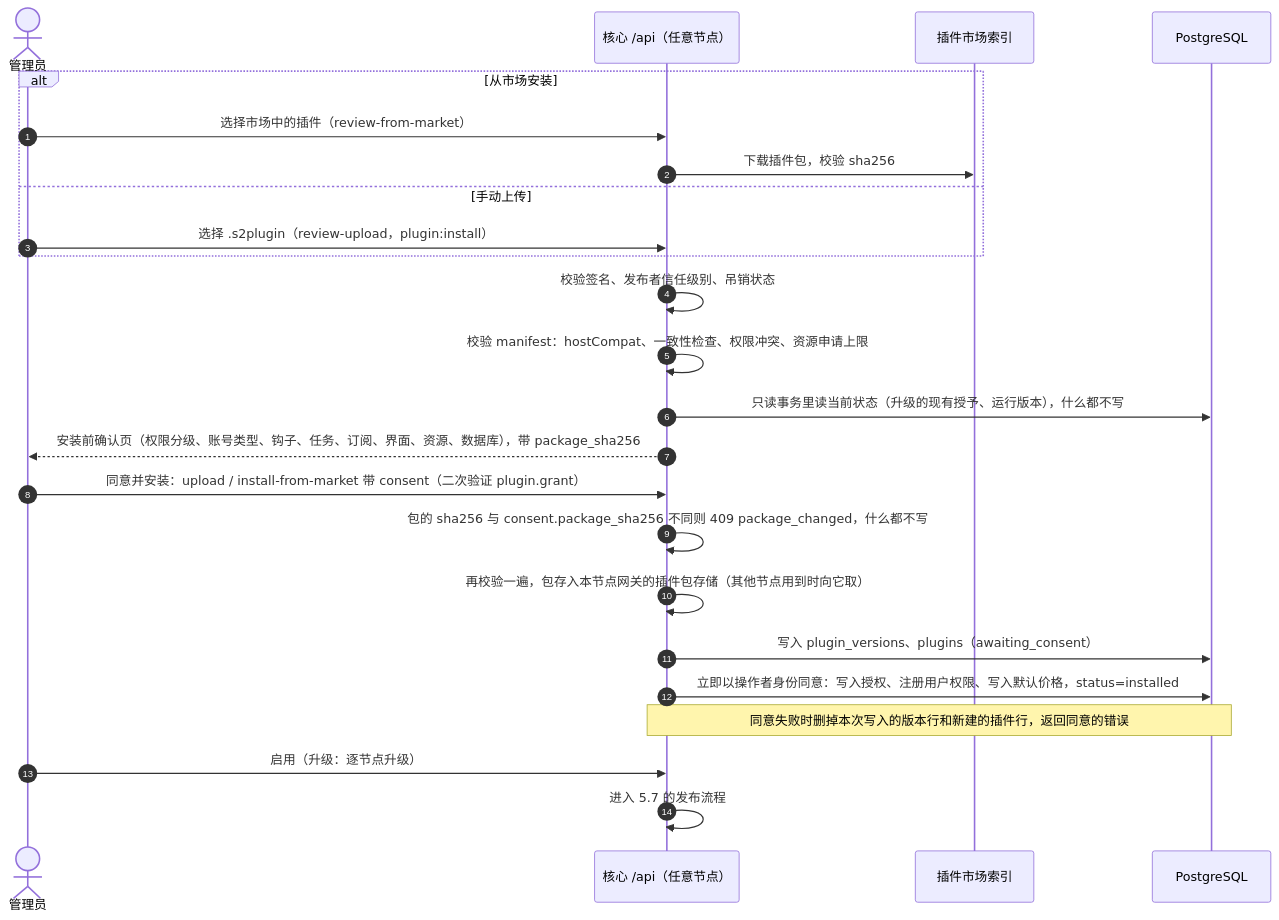
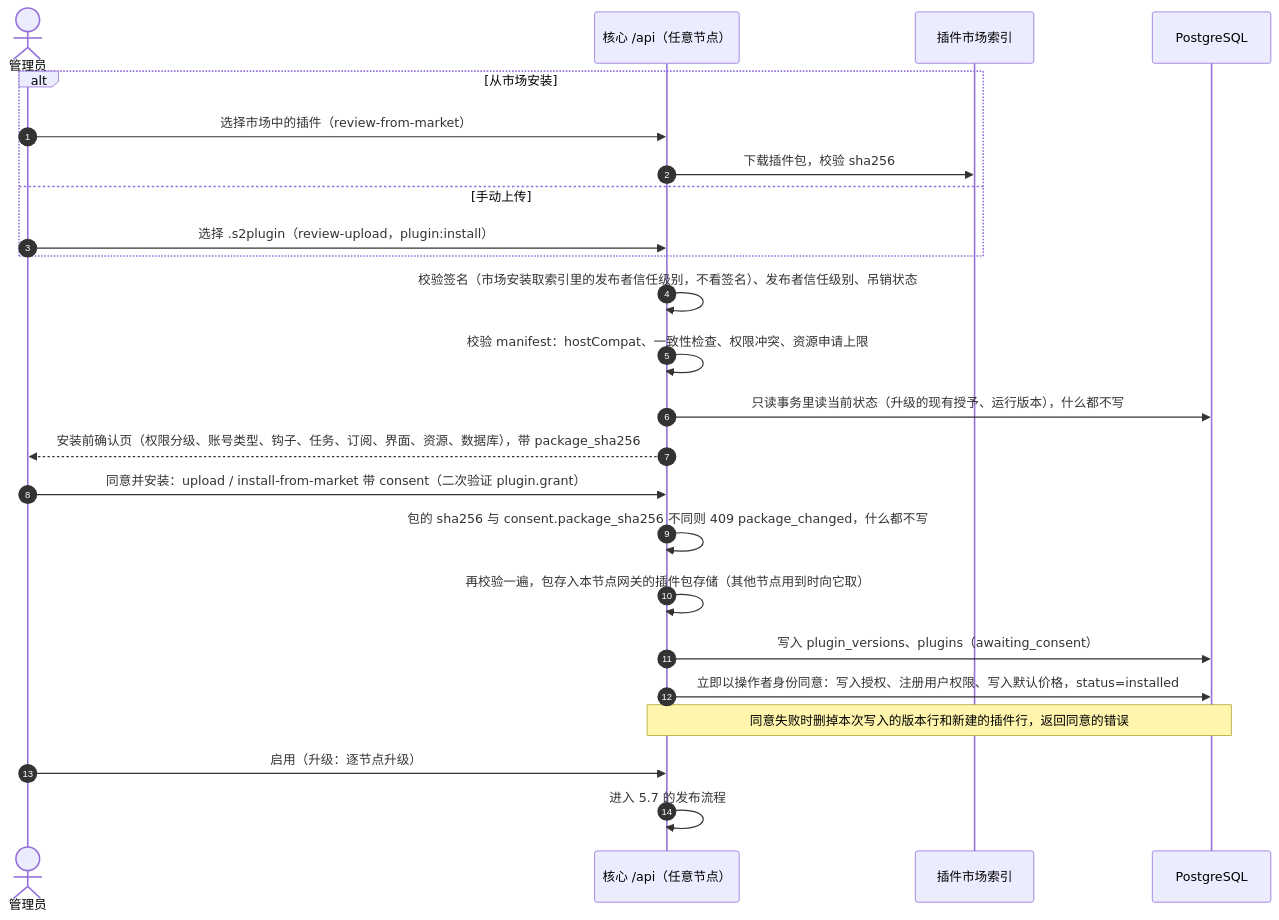
Diagram 17 of 18 in next/docs/ARCHITECTURE.md (touwaeriol/sup2api), drawn with Mermaid before and after one commit. The commit also changed other lines of this file and 45 other files, not shown here.

````diff
--- a/next/docs/ARCHITECTURE.md
+++ b/next/docs/ARCHITECTURE.md
@@ -1518,26 +1518,26 @@
 ```mermaid
 sequenceDiagram
   autonumber
   actor A as 管理员
   participant API as 核心 /api（任意节点）
   participant M as 插件市场索引
   participant PG as PostgreSQL
   alt 从市场安装
     A->>API: 选择市场中的插件（review-from-market）
     API->>M: 下载插件包，校验 sha256
   else 手动上传
     A->>API: 选择 .s2plugin（review-upload，plugin:install）
   end
-  API->>API: 校验签名、发布者信任级别、吊销状态
+  API->>API: 校验签名（市场安装取索引里的发布者信任级别，不看签名）、发布者信任级别、吊销状态
   API->>API: 校验 manifest：hostCompat、一致性检查、权限冲突、资源申请上限
   API->>PG: 只读事务里读当前状态（升级的现有授予、运行版本），什么都不写
   API-->>A: 安装前确认页（权限分级、账号类型、钩子、任务、订阅、界面、资源、数据库），带 package_sha256
   A->>API: 同意并安装：upload / install-from-market 带 consent（二次验证 plugin.grant）
   API->>API: 包的 sha256 与 consent.package_sha256 不同则 409 package_changed，什么都不写
   API->>API: 再校验一遍，包存入本节点网关的插件包存储（其他节点用到时向它取）
   API->>PG: 写入 plugin_versions、plugins（awaiting_consent）
   API->>PG: 立即以操作者身份同意：写入授权、注册用户权限、写入默认价格，status=installed
   Note over API,PG: 同意失败时删掉本次写入的版本行和新建的插件行，返回同意的错误
   A->>API: 启用（升级：逐节点升级）
   API->>API: 进入 5.7 的发布流程
 ```
````
